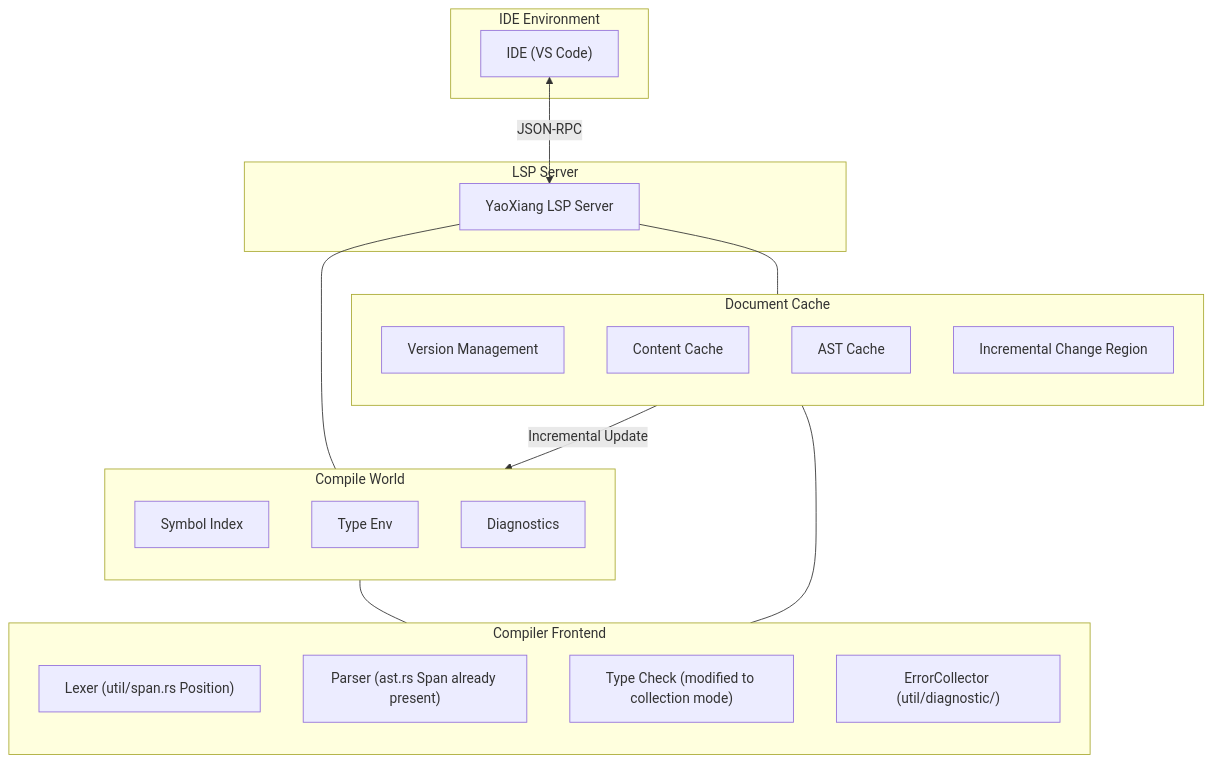
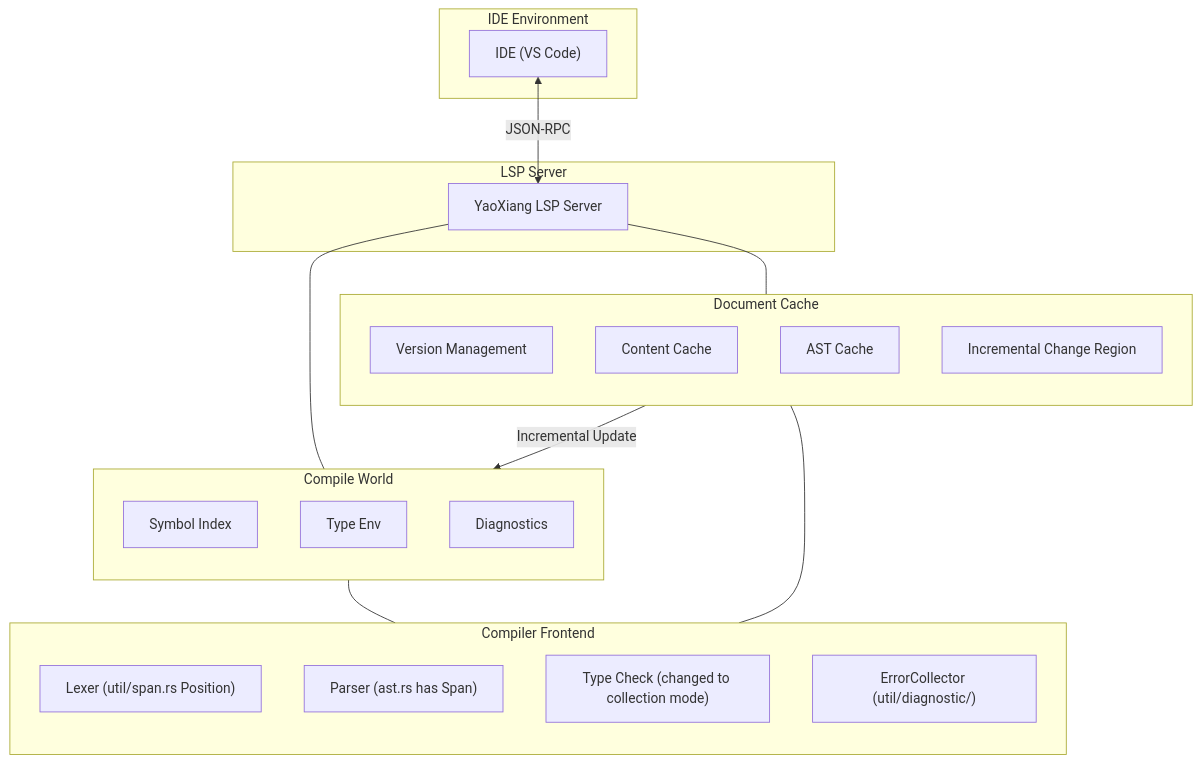
Before and after one commit to ChenXu233/YaoXiang: the diagram in docs/src/en/design/rfc/accepted/017-lsp-support.md, drawn with Mermaid. The commit also changed other lines of this file and 358 other files, not shown here.

````diff
--- a/docs/src/en/design/rfc/accepted/017-lsp-support.md
+++ b/docs/src/en/design/rfc/accepted/017-lsp-support.md
@@ -137,43 +137,43 @@
 ```mermaid
 flowchart TD
     subgraph IDE_Environment [IDE Environment]
         IDE["IDE (VS Code)"]
     end
 
     subgraph LSP_Server [LSP Server]
         LSP["YaoXiang LSP Server"]
     end
 
     subgraph World_Compile [Compile World]
         direction TB
         W_Symbol["Symbol Index"]
         W_Type["Type Env"]
         W_Diag["Diagnostics"]
     end
 
     subgraph Cache [Document Cache]
         direction TB
         C_Version["Version Management"]
         C_Content["Content Cache"]
         C_AST["AST Cache"]
         C_Delta["Incremental Change Region"]
     end
 
     subgraph Frontend [Compiler Frontend]
         direction TB
         F_Lexer["Lexer (util/span.rs Position)"]
-        F_Parser["Parser (ast.rs Span already present)"]
-        F_TypeCheck["Type Check (modified to collection mode)"]
+        F_Parser["Parser (ast.rs has Span)"]
+        F_TypeCheck["Type Check (changed to collection mode)"]
         F_ErrorCollector["ErrorCollector (util/diagnostic/)"]
     end
 
     IDE <-->|JSON-RPC| LSP
 
     LSP --- World_Compile
     LSP --- Cache
 
     Cache -- "Incremental Update" --> World_Compile
 
     World_Compile --- Frontend
     Cache --- Frontend
 ```
````
